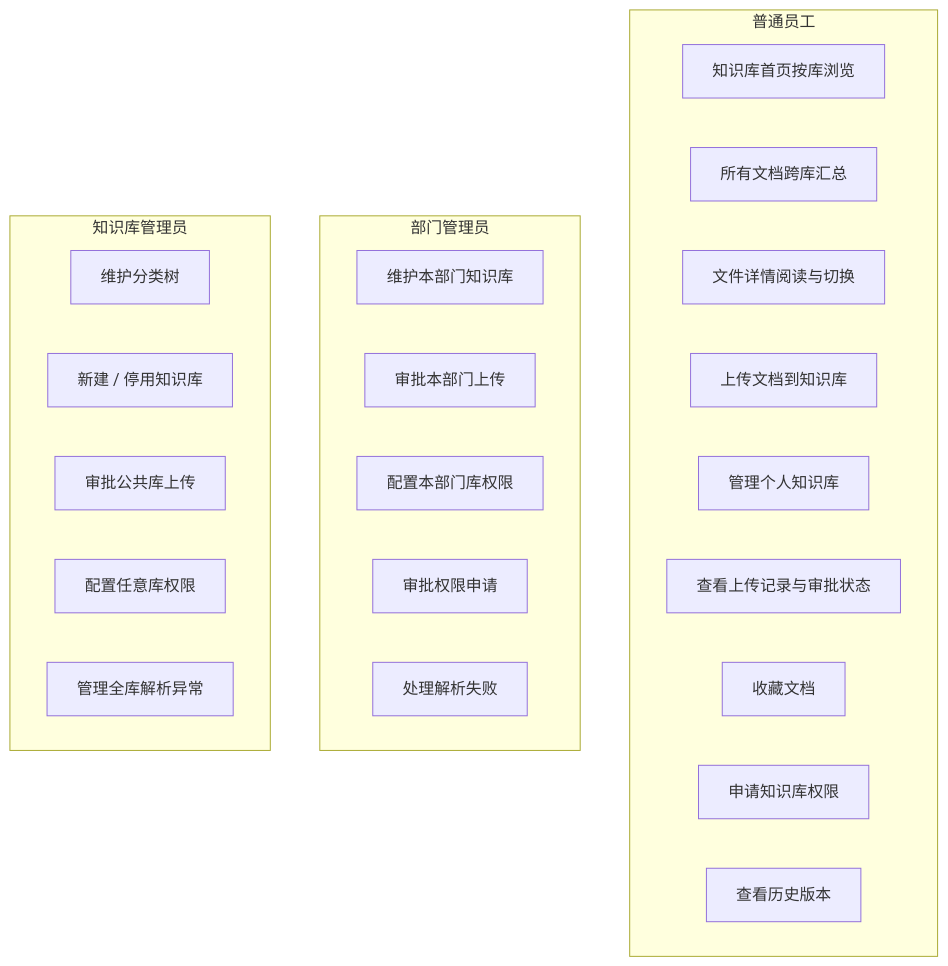
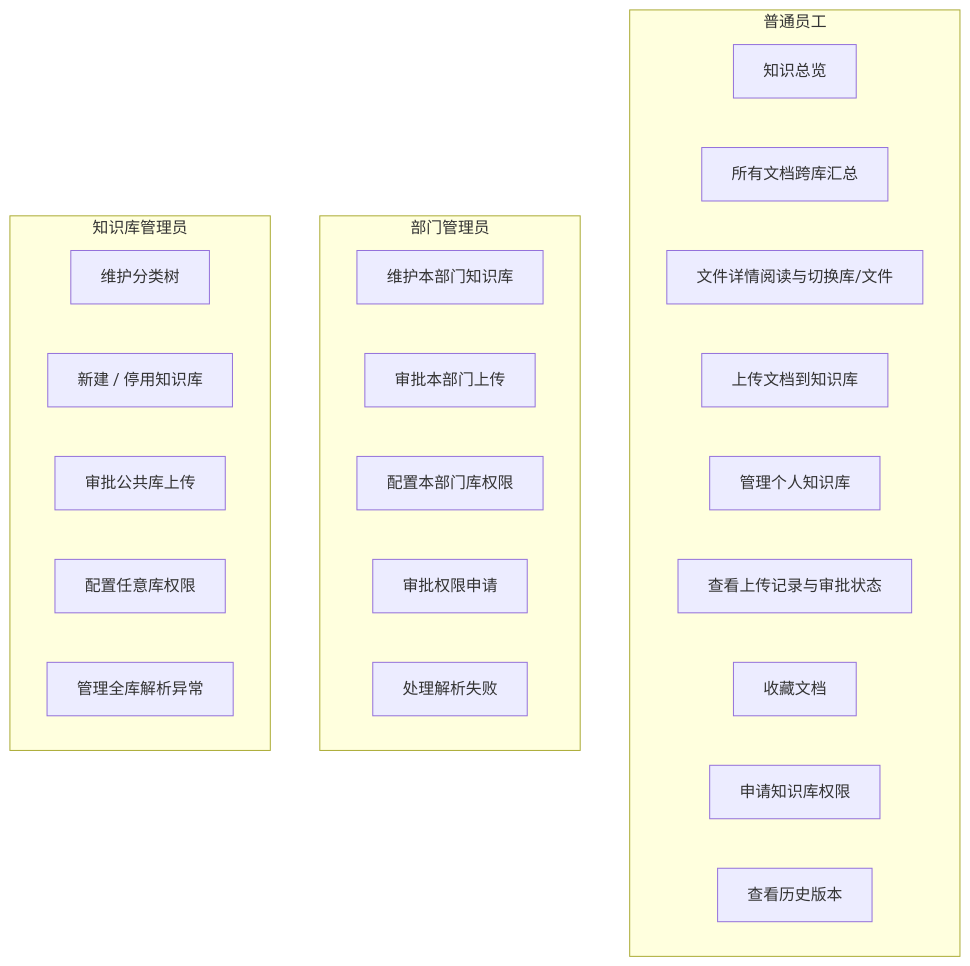
The second of 2 diagrams in docs/需求设计/知识库/01-知识库业务需求说明.md (Werido-8/cz-powerup), drawn with Mermaid before and after one commit. The commit also changed other lines of this file and 7 other files, not shown here.

````diff
--- a/docs/需求设计/知识库/01-知识库业务需求说明.md
+++ b/docs/需求设计/知识库/01-知识库业务需求说明.md
@@ -160,30 +225,30 @@
 ```mermaid
 flowchart TB
     subgraph 普通员工
-        UC1[知识库首页按库浏览]
+        UC1[知识总览]
         UC2[所有文档跨库汇总]
-        UC3[文件详情阅读与切换]
+        UC3[文件详情阅读与切换库/文件]
         UC4[上传文档到知识库]
         UC5[管理个人知识库]
         UC6[查看上传记录与审批状态]
         UC7[收藏文档]
         UC8[申请知识库权限]
         UC9[查看历史版本]
     end
 
     subgraph 部门管理员
         UC10[维护本部门知识库]
         UC11[审批本部门上传]
         UC12[配置本部门库权限]
         UC13[审批权限申请]
         UC14[处理解析失败]
     end
 
     subgraph 知识库管理员
         UC15[维护分类树]
         UC16[新建 / 停用知识库]
         UC17[审批公共库上传]
         UC18[配置任意库权限]
         UC19[管理全库解析异常]
     end
 ```
````
